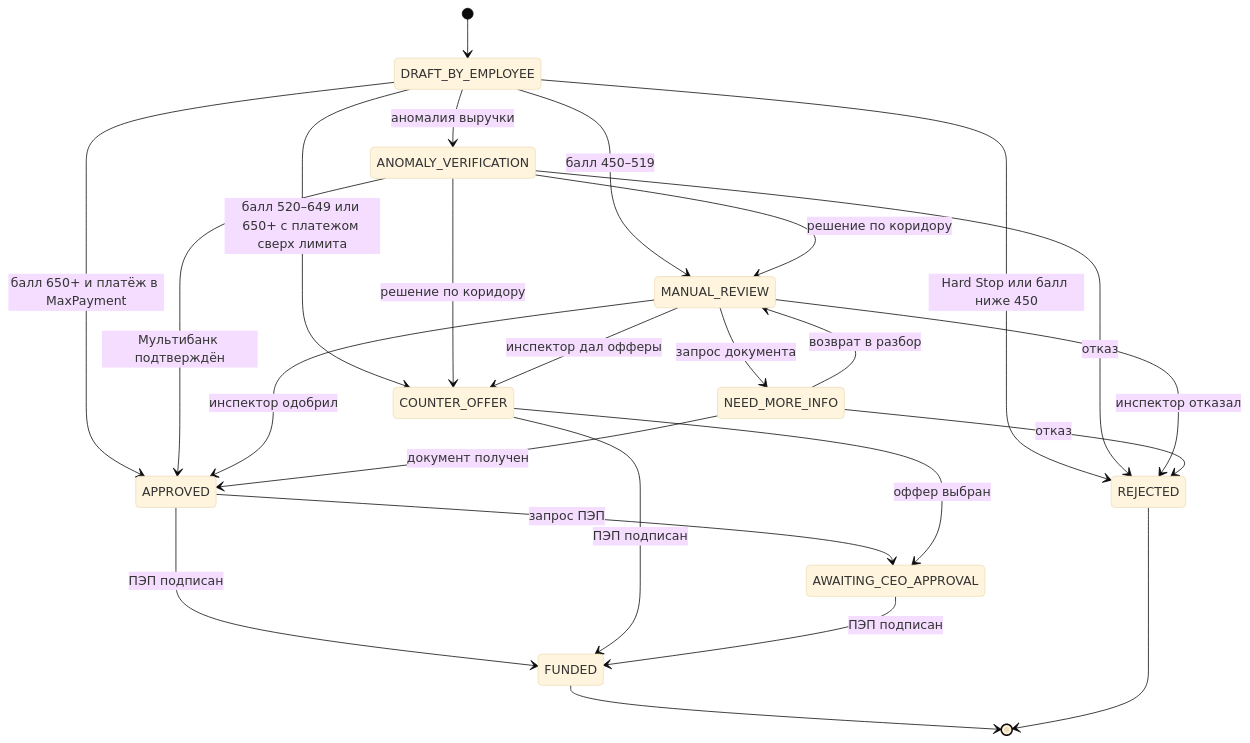
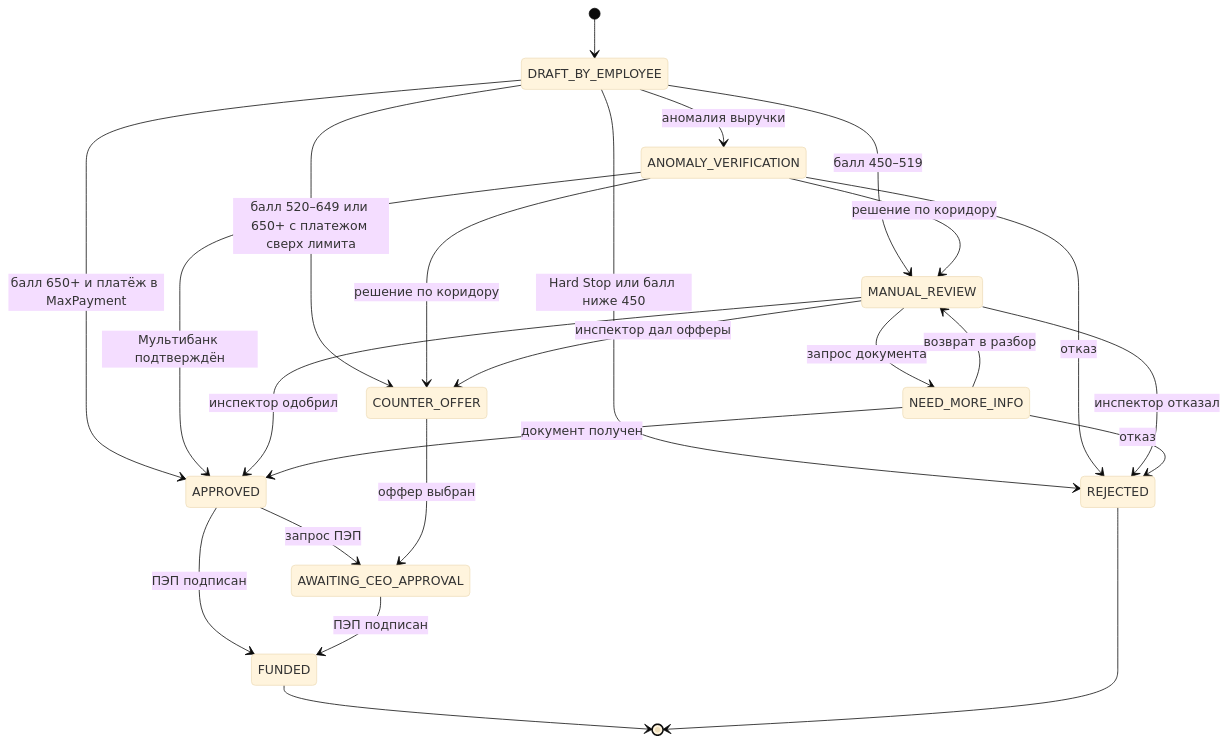
The diagram in docs/state-machine-ip-vs-ooo.md (SeyYestyq/Only_Alfa), drawn with Mermaid (base theme) before and after one commit. The commit also changed other lines of this file and 6 other files, not shown here.

````diff
--- a/docs/state-machine-ip-vs-ooo.md
+++ b/docs/state-machine-ip-vs-ooo.md
@@ -45,35 +45,33 @@
 ```mermaid
 stateDiagram-v2
     [*] --> DRAFT_BY_EMPLOYEE
 
     DRAFT_BY_EMPLOYEE --> ANOMALY_VERIFICATION: аномалия выручки
     DRAFT_BY_EMPLOYEE --> APPROVED: балл 650+ и платёж в MaxPayment
     DRAFT_BY_EMPLOYEE --> COUNTER_OFFER: балл 520–649 или 650+ с платежом сверх лимита
     DRAFT_BY_EMPLOYEE --> MANUAL_REVIEW: балл 450–519
     DRAFT_BY_EMPLOYEE --> REJECTED: Hard Stop или балл ниже 450
 
     ANOMALY_VERIFICATION --> APPROVED: Мультибанк подтверждён
     ANOMALY_VERIFICATION --> COUNTER_OFFER: решение по коридору
     ANOMALY_VERIFICATION --> MANUAL_REVIEW: решение по коридору
     ANOMALY_VERIFICATION --> REJECTED: отказ
 
     APPROVED --> AWAITING_CEO_APPROVAL: запрос ПЭП
     APPROVED --> FUNDED: ПЭП подписан
 
     COUNTER_OFFER --> AWAITING_CEO_APPROVAL: оффер выбран
-    COUNTER_OFFER --> FUNDED: ПЭП подписан
-
     AWAITING_CEO_APPROVAL --> FUNDED: ПЭП подписан
 
     MANUAL_REVIEW --> NEED_MORE_INFO: запрос документа
     MANUAL_REVIEW --> APPROVED: инспектор одобрил
     MANUAL_REVIEW --> COUNTER_OFFER: инспектор дал офферы
     MANUAL_REVIEW --> REJECTED: инспектор отказал
 
     NEED_MORE_INFO --> APPROVED: документ получен
     NEED_MORE_INFO --> MANUAL_REVIEW: возврат в разбор
     NEED_MORE_INFO --> REJECTED: отказ
 
     FUNDED --> [*]
     REJECTED --> [*]
 ```
````
